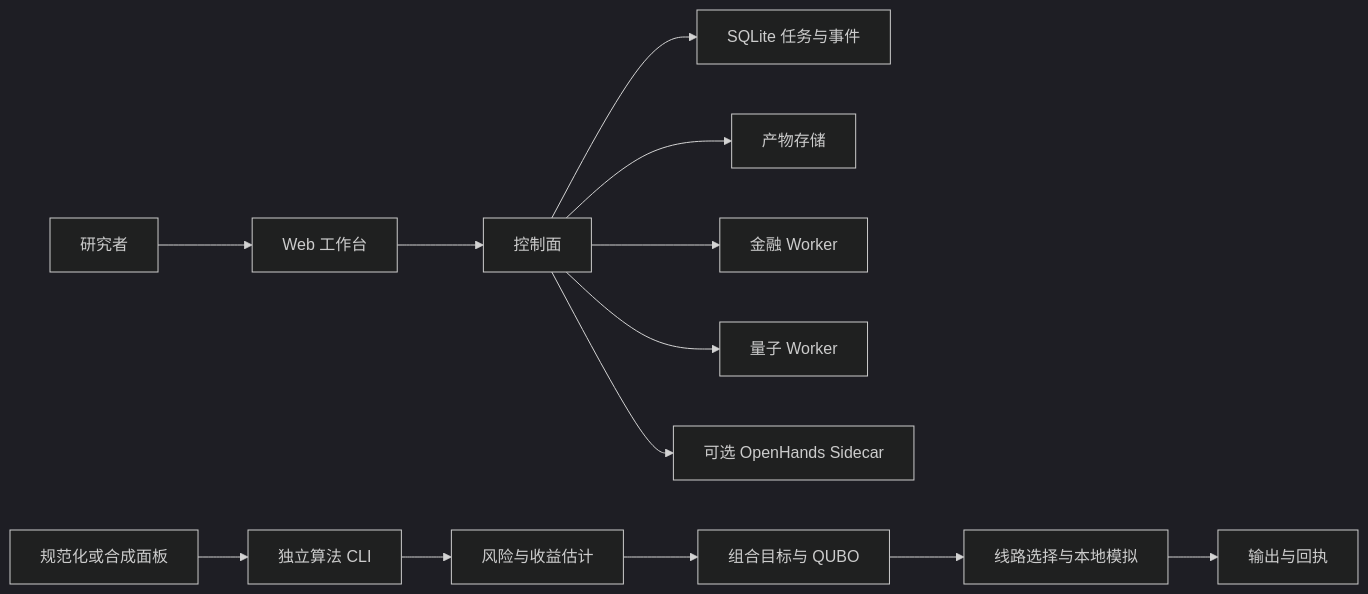
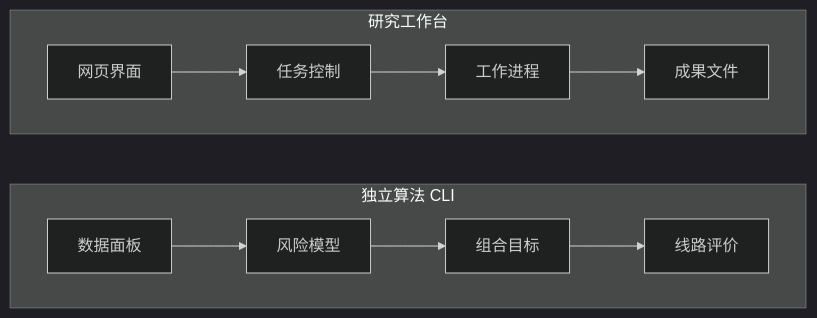
The diagram in README_zh.md (Soros2040/Q-Fintelligence), drawn with Mermaid (dark theme) before and after one commit. The commit also changed 1 other file, not shown here.

Commit message:
Make homepage architecture overviews easier to read

````diff
--- a/README_zh.md
+++ b/README_zh.md
@@ -13,15 +13,12 @@
 ```mermaid
-flowchart LR
-    U[研究者] --> W[Web 工作台]
-    W --> C[控制面]
-    C --> D[SQLite 任务与事件]
-    C --> A[产物存储]
-    C --> F[金融 Worker]
-    C --> Q[量子 Worker]
-    C --> O[可选 OpenHands Sidecar]
-    I[规范化或合成面板] --> P[独立算法 CLI]
-    P --> R[风险与收益估计]
-    R --> B[组合目标与 QUBO]
-    B --> S[线路选择与本地模拟]
-    S --> E[输出与回执]
+flowchart TB
+    subgraph Product[研究工作台]
+      direction LR
+      W[网页界面] --> C[任务控制] --> R[工作进程] --> A[成果文件]
+    end
+    subgraph Algorithm[独立算法 CLI]
+      direction LR
+      D[数据面板] --> M[风险模型] --> P[组合目标] --> Q[线路评价]
+    end
+    Product ~~~ Algorithm
 ```
````
